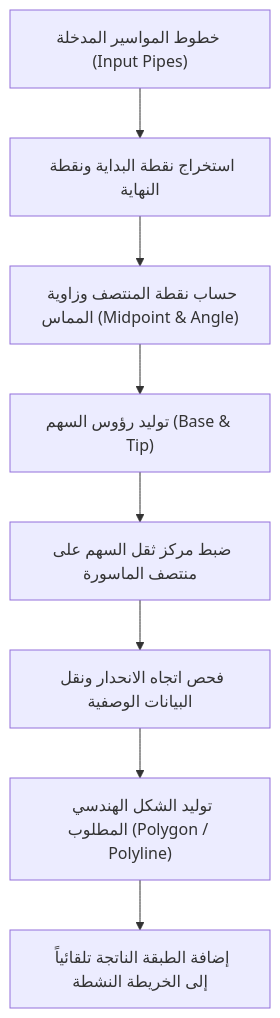
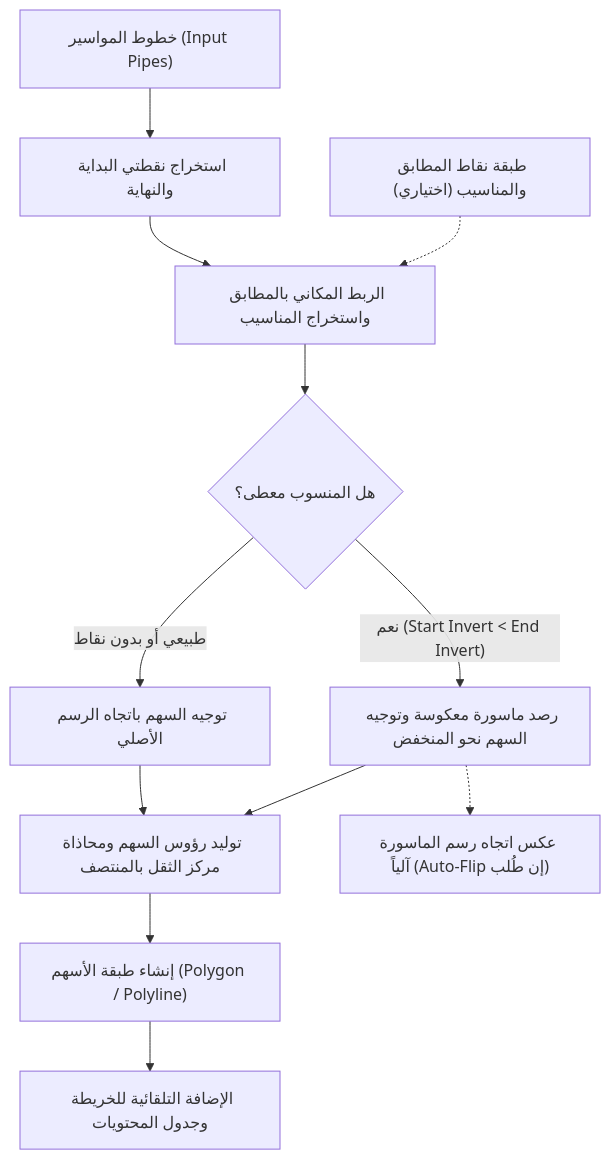
Before and after one commit to ahmadibrahim4geo/Create-FlowArrow-Tool: the diagram in README.md, drawn with Mermaid. The commit also changed other lines of this file and 71 other files, not shown here.

Commit message:
feat: add optional node points invert elevation alignment, auto-flip pipes, and training dataset in data/

````diff
--- a/README.md
+++ b/README.md
@@ -65,10 +71,14 @@
 ```mermaid
 flowchart TD
-    A["خطوط المواسير المدخلة (Input Pipes)"] --> B["استخراج نقطة البداية ونقطة النهاية"]
-    B --> C["حساب نقطة المنتصف وزاوية المماس (Midpoint & Angle)"]
-    C --> D["توليد رؤوس السهم (Base & Tip)"]
-    D --> E["ضبط مركز ثقل السهم على منتصف الماسورة"]
-    E --> F["فحص اتجاه الانحدار ونقل البيانات الوصفية"]
-    F --> G["توليد الشكل الهندسي المطلوب (Polygon / Polyline)"]
-    G --> H["إضافة الطبقة الناتجة تلقائياً إلى الخريطة النشطة"]
+    A["خطوط المواسير (Input Pipes)"] --> B["استخراج نقطتي البداية والنهاية"]
+    NP["طبقة نقاط المطابق والمناسيب (اختياري)"] -.-> C["الربط المكاني بالمطابق واستخراج المناسيب"]
+    B --> C
+    C --> D{"هل المنسوب معطى؟"}
+    D -- "نعم (Start Invert < End Invert)" --> E["رصد ماسورة معكوسة وتوجيه السهم نحو المنخفض"]
+    D -- "طبيعي أو بدون نقاط" --> F["توجيه السهم باتجاه الرسم الأصلي"]
+    E --> G["توليد رؤوس السهم ومحاذاة مركز الثقل بالمنتصف"]
+    F --> G
+    G --> H["إنشاء طبقة الأسهم (Polygon / Polyline)"]
+    E -.-> I["عكس اتجاه رسم الماسورة آلياً (Auto-Flip إن طُلب)"]
+    H --> J["الإضافة التلقائية للخريطة وجدول المحتويات"]
 ```
````
